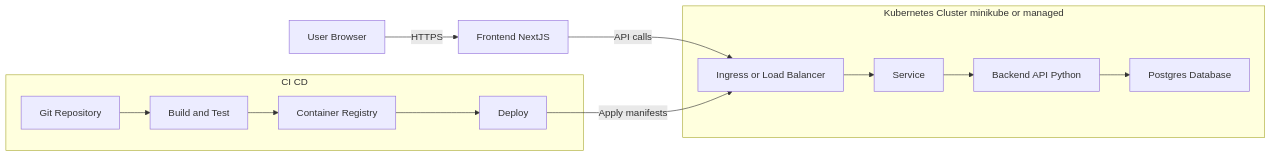
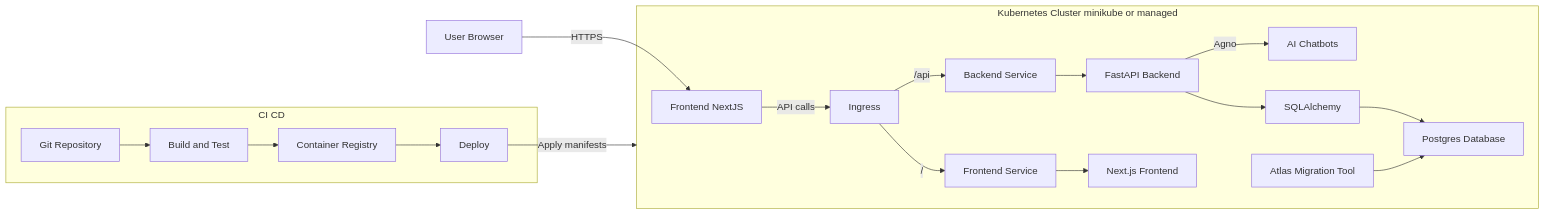
One commit to HassanAbouelela/JuniorFSDev changed the diagram in README.md. Above: the diagram before and after it, drawn with Mermaid. The commit also changed other lines of this file and 3 other files, not shown here.

````diff
--- a/README.md
+++ b/README.md
@@ -3,23 +3,34 @@
 ```mermaid
 flowchart LR
     U[User Browser] -->|HTTPS| FE[Frontend NextJS]
-    FE -->|API calls| ING[Ingress or Load Balancer]
-    ING --> SVC[Service]
-    SVC --> API[Backend API Python]
-    API --> DB[Postgres Database]
+    FE -->|API calls| ING[Ingress]
+    ING -->|/api| SVC[Backend Service]
+    SVC --> API[FastAPI Backend]
+    ING -->|/| SVCF[Frontend Service]
+    SVCF --> Next[Next.js Frontend]
+    API -->|Agno| OpenAI[AI Chatbots]
+    API --> ORM[SQLAlchemy]
+    ORM --> DB[Postgres Database]
+    ATLAS[Atlas Migration Tool] --> DB
 
     subgraph CI_CD [CI CD]
         GIT[Git Repository] --> CI[Build and Test]
         CI --> REG[Container Registry]
         REG --> DEPLOY[Deploy]
     end
 
     subgraph K8s [Kubernetes Cluster minikube or managed]
+        FE
         ING
         SVC
         API
+        OpenAI
+        SVCF
+        Next
+        ORM
         DB
+        ATLAS
     end
 
-    DEPLOY -->|Apply manifests| ING
+    DEPLOY -->|Apply manifests| K8s
 ```
````
